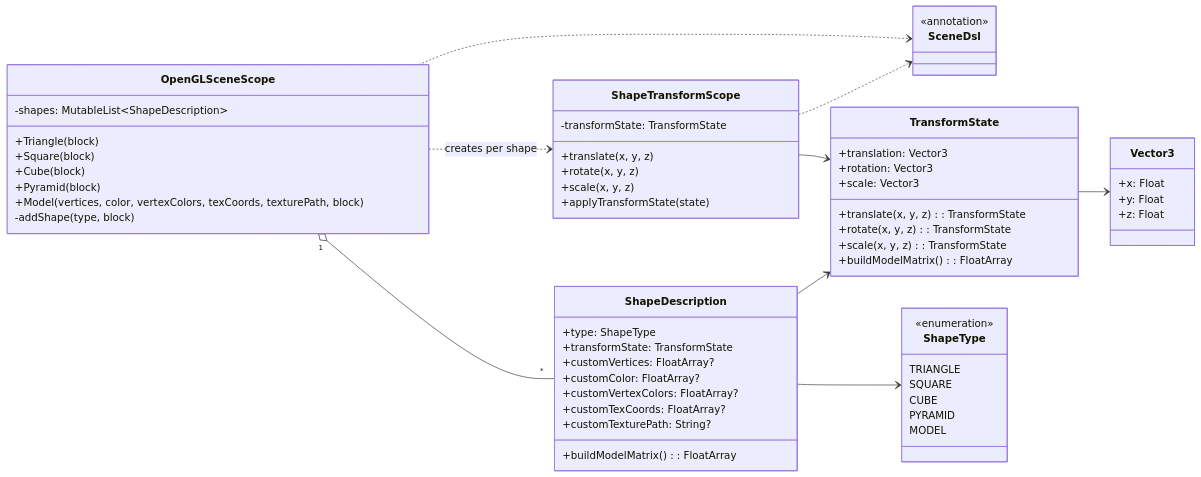
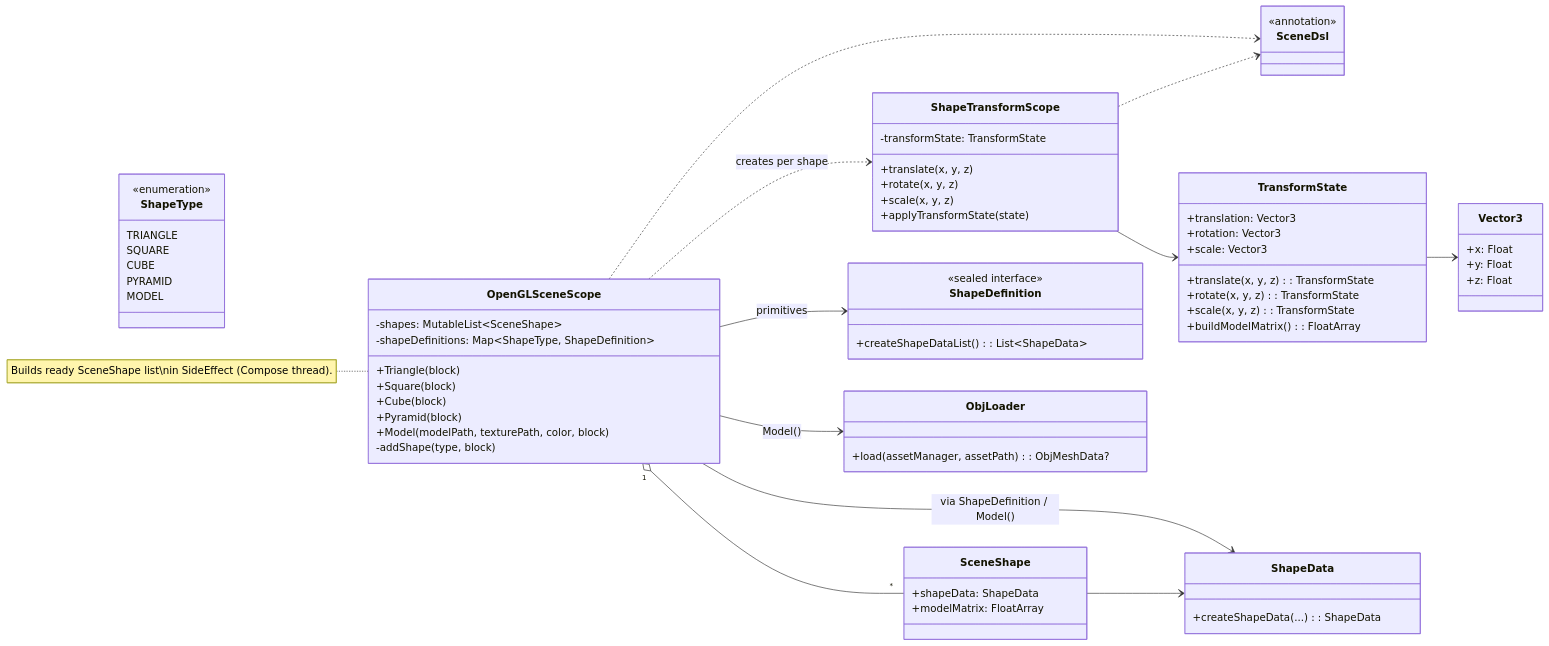
One commit to hr5h/GLViz changed the diagram in docs/uml/01-dsl-layer.md. Above: the diagram before and after it, drawn with Mermaid. The commit also changed 10 other files, not shown here.

Commit message:
deleted ShapeDescription

````diff
--- a/docs/uml/01-dsl-layer.md
+++ b/docs/uml/01-dsl-layer.md
@@ -9,12 +9,13 @@
 }
 
 class OpenGLSceneScope {
-  -shapes: MutableList~ShapeDescription~
+  -shapes: MutableList~SceneShape~
+  -shapeDefinitions: Map~ShapeType, ShapeDefinition~
   +Triangle(block)
   +Square(block)
   +Cube(block)
   +Pyramid(block)
-  +Model(vertices, color, vertexColors, texCoords, texturePath, block)
+  +Model(modelPath, texturePath, color, block)
   -addShape(type, block)
 }
 
@@ -26,15 +27,9 @@
   +applyTransformState(state)
 }
 
-class ShapeDescription {
-  +type: ShapeType
-  +transformState: TransformState
-  +customVertices: FloatArray?
-  +customColor: FloatArray?
-  +customVertexColors: FloatArray?
-  +customTexCoords: FloatArray?
-  +customTexturePath: String?
-  +buildModelMatrix(): FloatArray
+class SceneShape {
+  +shapeData: ShapeData
+  +modelMatrix: FloatArray
 }
 
 class TransformState {
@@ -62,12 +57,29 @@
   MODEL
 }
 
-OpenGLSceneScope "1" o-- "*" ShapeDescription
+class ShapeDefinition {
+  <<sealed interface>>
+  +createShapeDataList(): List~ShapeData~
+}
+
+class ShapeData {
+  +createShapeData(...): ShapeData
+}
+
+class ObjLoader {
+  +load(assetManager, assetPath): ObjMeshData?
+}
+
+OpenGLSceneScope "1" o-- "*" SceneShape
 OpenGLSceneScope ..> ShapeTransformScope : creates per shape
+OpenGLSceneScope --> ShapeDefinition : primitives
+OpenGLSceneScope --> ShapeData : via ShapeDefinition / Model()
+OpenGLSceneScope --> ObjLoader : Model()
+SceneShape --> ShapeData
 ShapeTransformScope --> TransformState
-ShapeDescription --> TransformState
-ShapeDescription --> ShapeType
 TransformState --> Vector3
 OpenGLSceneScope ..> SceneDsl
 ShapeTransformScope ..> SceneDsl
+
+note for OpenGLSceneScope "Builds ready SceneShape list\nin SideEffect (Compose thread)."
 ```
````
